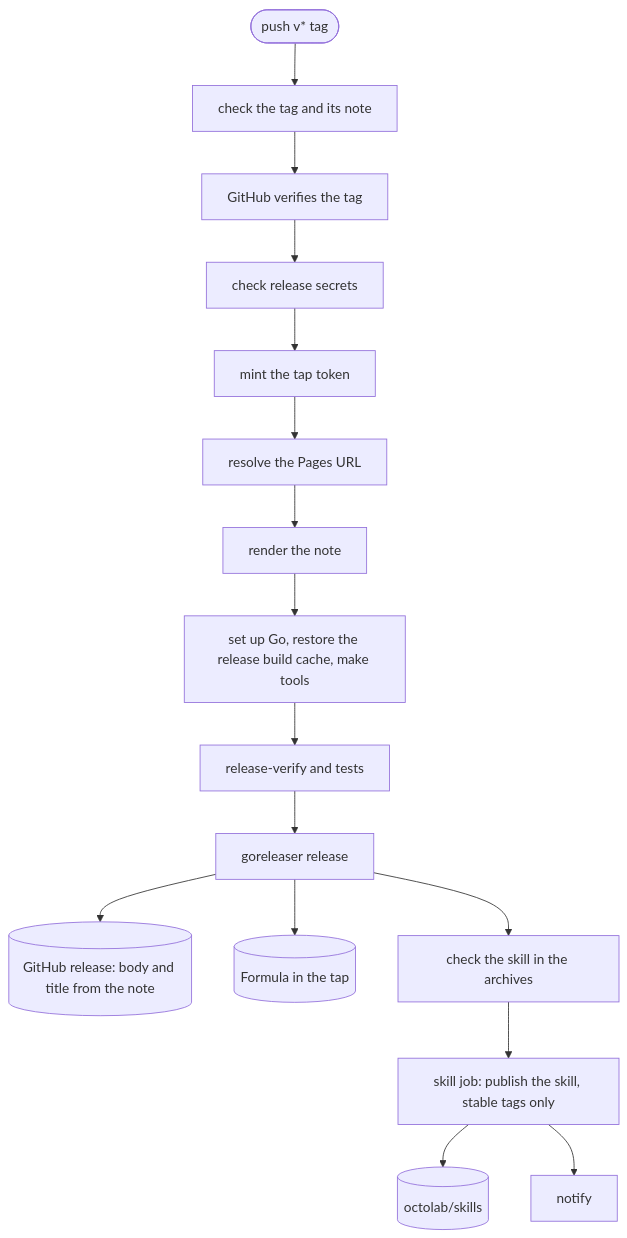
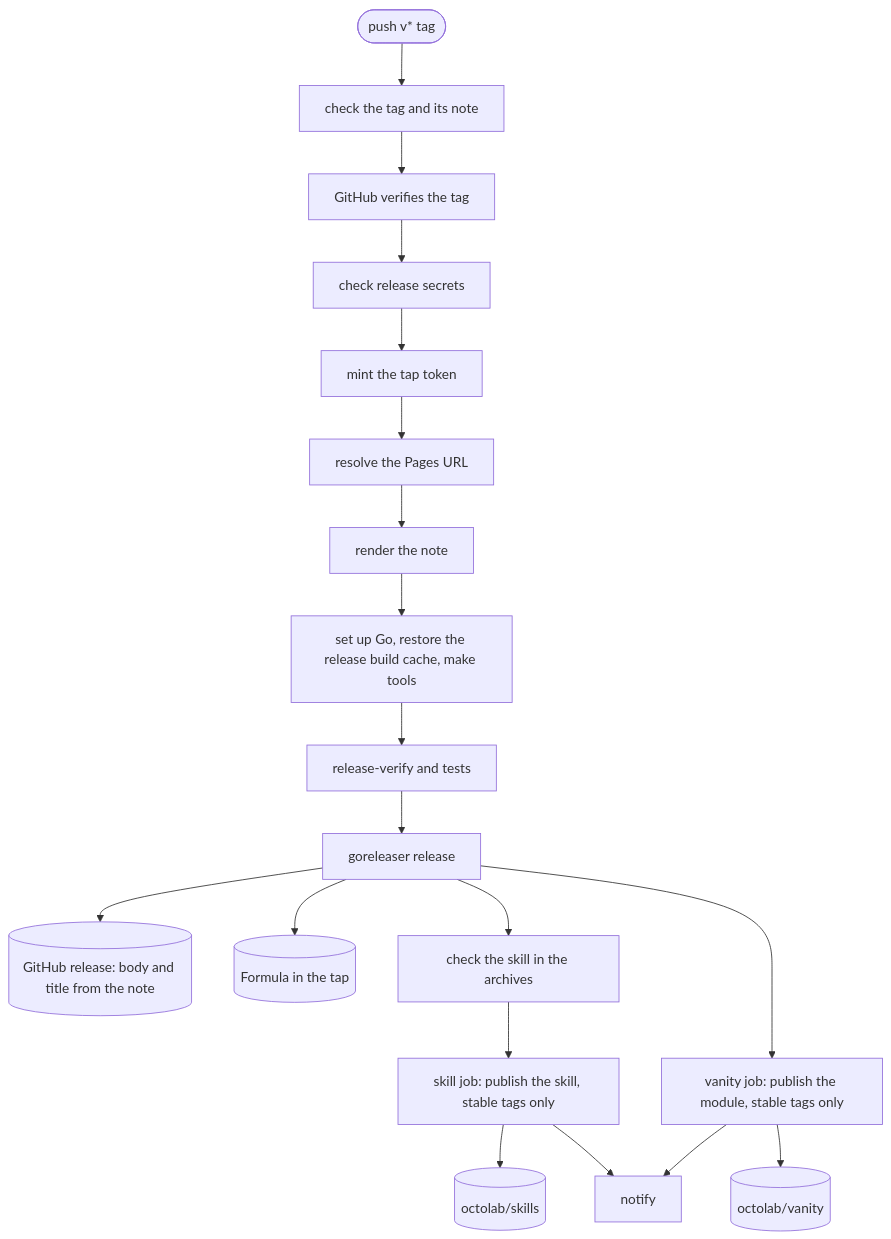
The third of 10 diagrams in .github/workflows/README.md (octomation/maintainer), drawn with Mermaid before and after one commit. The commit also changed other lines of this file and 3 other files, not shown here.

First line of the commit message:
ci/cd: check the releaser App on octolab/vanity

````diff
--- a/.github/workflows/README.md
+++ b/.github/workflows/README.md
@@ -110,10 +110,11 @@
 ```mermaid
 flowchart TB
   tag([push v* tag]) --> check[check the tag and its note] --> signature[GitHub verifies the tag] --> secrets[check release secrets] --> token[mint the tap token] --> pages[resolve the Pages URL] --> render[render the note]
   render --> go[set up Go, restore the release build cache, make tools] --> test[release-verify and tests] --> publish[goreleaser release]
   publish --> release[(GitHub release: body and title from the note)]
   publish --> tap[(Formula in the tap)]
   publish --> archives[check the skill in the archives]
   archives --> skill[skill job: publish the skill, stable tags only] --> catalog[(octolab/skills)]
-  skill --> notify[notify]
+  publish --> vanity[vanity job: publish the module, stable tags only] --> modules[(octolab/vanity)]
+  skill & vanity --> notify[notify]
 ```
````
